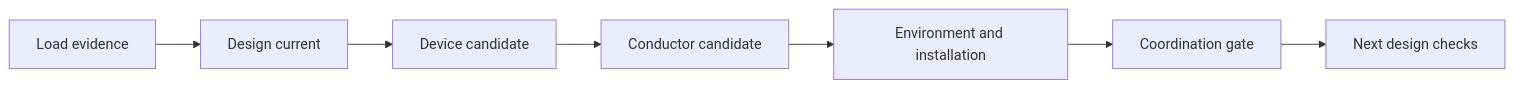
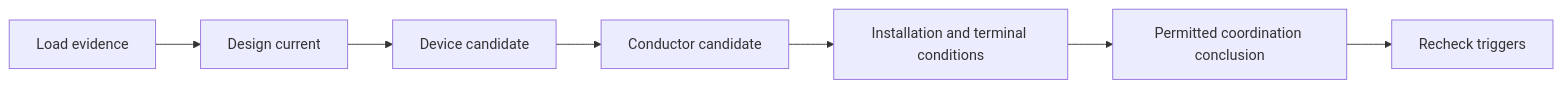
The second of 2 diagrams in docs/learning-plans/12-week/modules/day-23-design-current-protective-device-rating-and-conductor-capacity.md (andrew3stedall/capstone), drawn with Mermaid before and after one commit. The commit also changed other lines of this file, not shown here.

Commit message:
Improve Day 23 design coordination module

````diff
--- a/docs/learning-plans/12-week/modules/day-23-design-current-protective-device-rating-and-conductor-capacity.md
+++ b/docs/learning-plans/12-week/modules/day-23-design-current-protective-device-rating-and-conductor-capacity.md
@@ -94,9 +124,9 @@
 ```mermaid
 flowchart LR
-    I["Load evidence"] --> B["Design current"]
+    L["Load evidence"] --> B["Design current"]
     B --> P["Device candidate"]
     P --> C["Conductor candidate"]
-    C --> E["Environment and installation"]
-    E --> K["Coordination gate"]
-    K --> N["Next design checks"]
+    C --> X["Installation and terminal conditions"]
+    X --> E["Permitted coordination conclusion"]
+    E --> R["Recheck triggers"]
 ```
````
